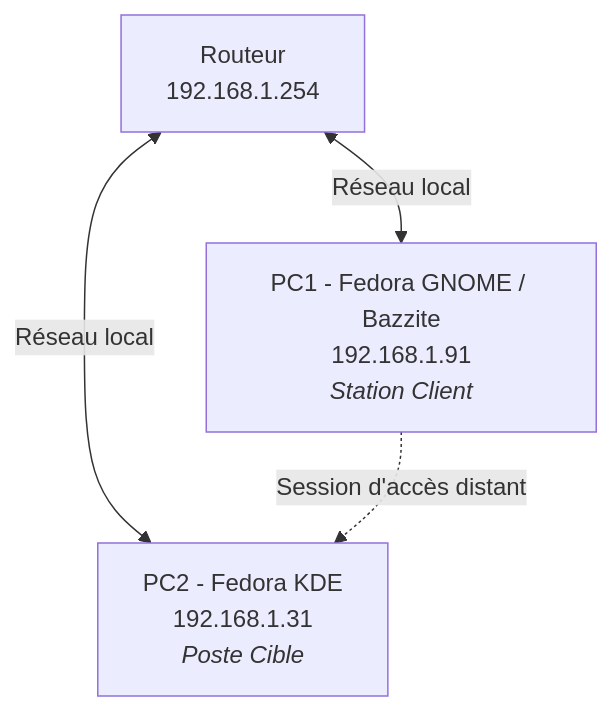
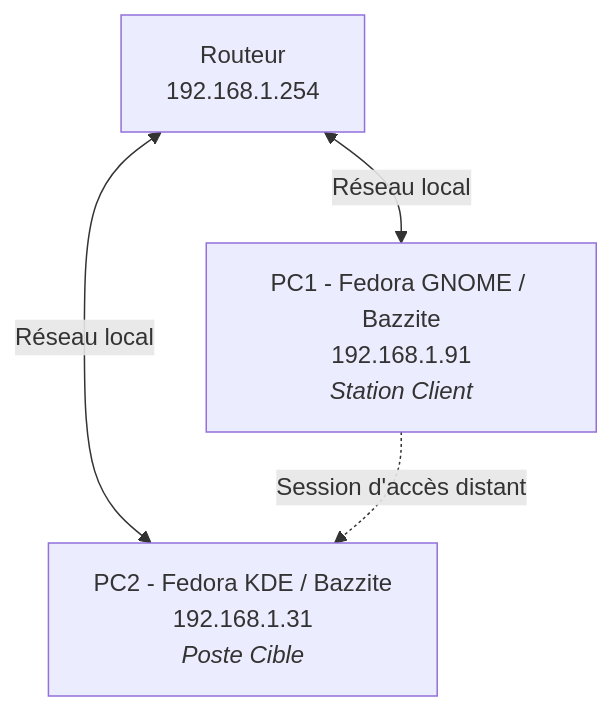
The diagram in docs/da.md (Loris-Kuj0/doc-sio), drawn with Mermaid before and after one commit.

````diff
--- a/docs/da.md
+++ b/docs/da.md
@@ -18,10 +18,10 @@
 ```mermaid
 graph TD
     R[Routeur<br/>192.168.1.254]
     PC1[PC1 - Fedora GNOME / Bazzite<br/>192.168.1.91<br/><i>Station Client</i>]
-    PC2[PC2 - Fedora KDE<br/>192.168.1.31<br/><i>Poste Cible</i>]
+    PC2[PC2 - Fedora KDE / Bazzite<br/>192.168.1.31<br/><i>Poste Cible</i>]
 
     R <-->|Réseau local| PC1
     R <-->|Réseau local| PC2
     PC1 -.->|Session d'accès distant| PC2
 ```
````
